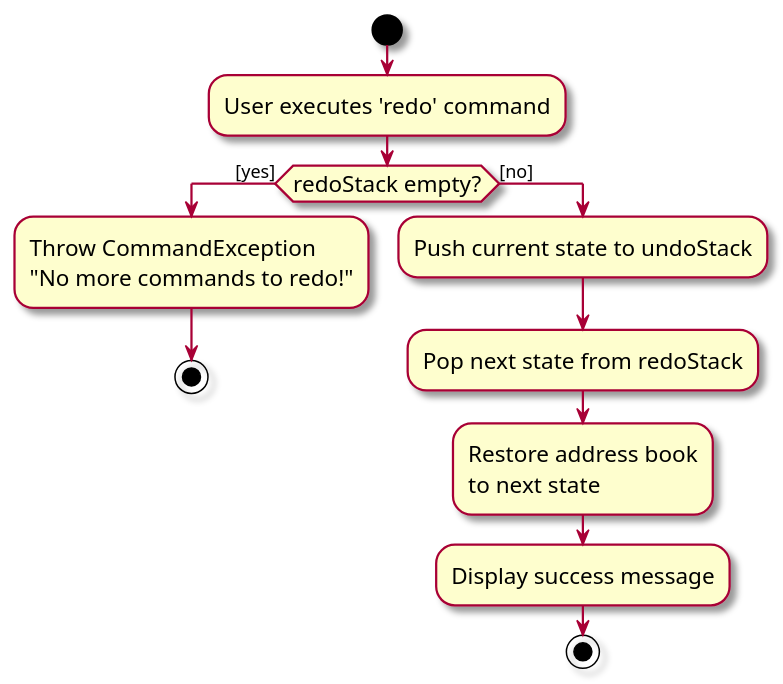
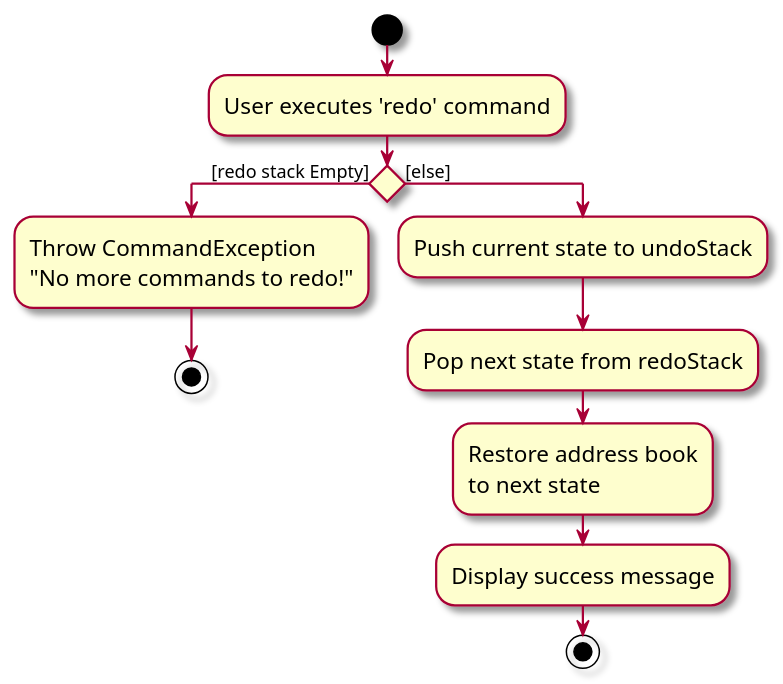
One commit to wafflescloud/tp changed the diagram in docs/diagrams/RedoActivityDiagram.puml. Above: the diagram before and after it, drawn with PlantUML. The commit also changed 2 other files, not shown here.

```diff
--- a/docs/diagrams/RedoActivityDiagram.puml
+++ b/docs/diagrams/RedoActivityDiagram.puml
@@ -1,20 +1,20 @@
 @startuml
 skin rose
 skinparam ActivityFontSize 15
 skinparam ArrowFontSize 12
 
 start
 :User executes 'redo' command;
 
-if (redoStack empty?) then ([yes])
+if () then ([redo stack Empty])
   :Throw CommandException\n"No more commands to redo!";
   stop
-else ([no])
+else ([else])
   :Push current state to undoStack;
   :Pop next state from redoStack;
   :Restore address book\nto next state;
   :Display success message;
   stop
 endif
 
 @enduml
```
